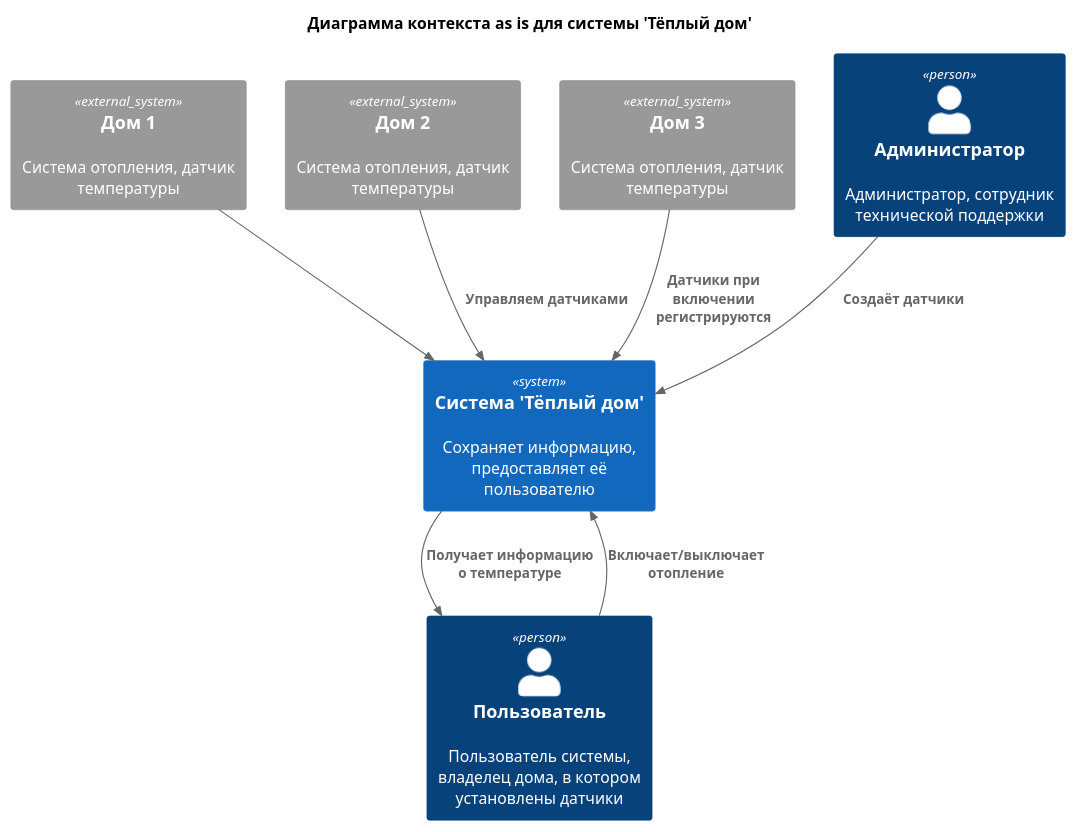
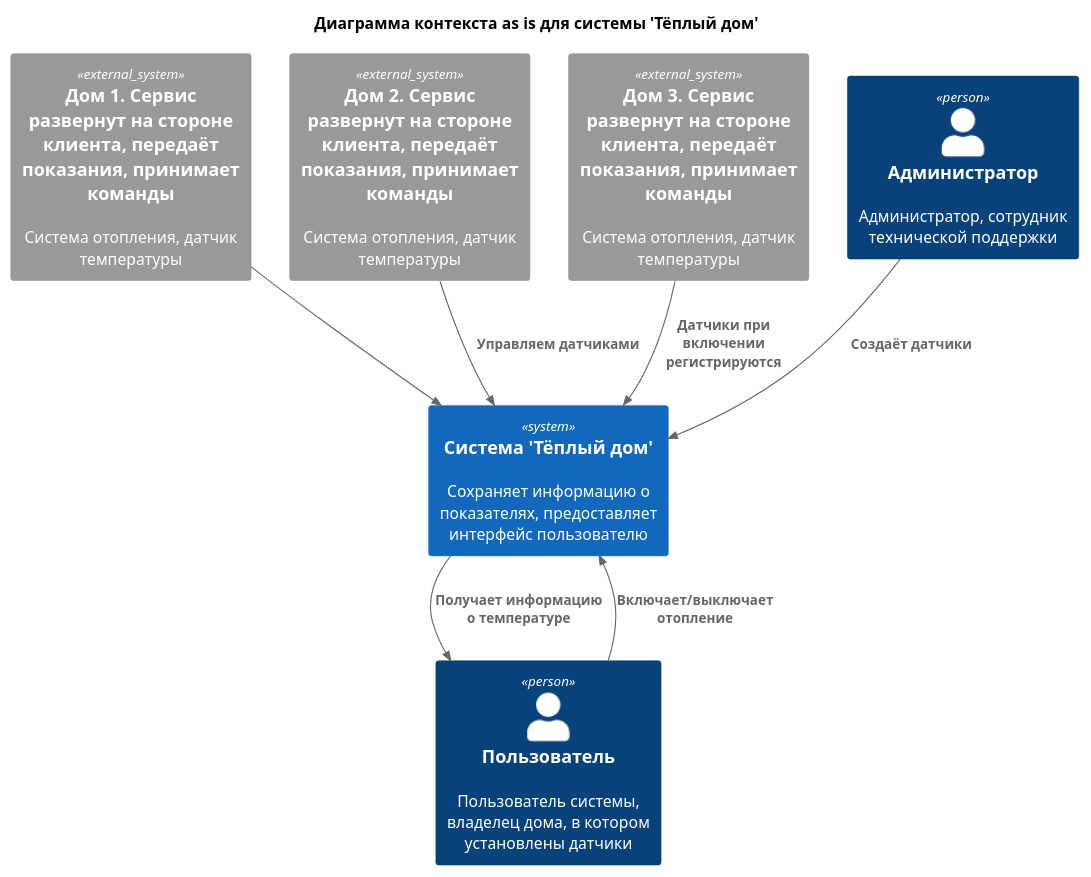
Before and after one commit to Alex-Beta/ya_architecture_sprint1: the diagram in context_telemetry.puml, drawn with PlantUML. The commit also changed 5 other files, not shown here.

```diff
--- a/context_telemetry.puml
+++ b/context_telemetry.puml
@@ -1,25 +1,25 @@
 @startuml
 !include C4_Context.puml
 title Диаграмма контекста as is для системы 'Тёплый дом'
 top to bottom direction
 
-System_Ext(h1, "Дом 1", "Система отопления, датчик температуры")
-System_Ext(h2, "Дом 2", "Система отопления, датчик температуры")
-System_Ext(h3, "Дом 3", "Система отопления, датчик температуры")
+System_Ext(h1, "Дом 1. Сервис развернут на стороне клиента, передаёт показания, принимает команды", "Система отопления, датчик температуры")
+System_Ext(h2, "Дом 2. Сервис развернут на стороне клиента, передаёт показания, принимает команды", "Система отопления, датчик температуры")
+System_Ext(h3, "Дом 3. Сервис развернут на стороне клиента, передаёт показания, принимает команды", "Система отопления, датчик температуры")
 
 
-System(system, "Система 'Тёплый дом'", "Сохраняет информацию, предоставляет её пользователю")
+System(system, "Система 'Тёплый дом'", "Сохраняет информацию о показателях, предоставляет интерфейс пользователю")
 
 Person(user, "Пользователь", "Пользователь системы, владелец дома, в котором установлены датчики")
 Person(admin, "Администратор", "Администратор, сотрудник технической поддержки")
 
 
 
 Rel(user, system, "Включает/выключает отопление")
 Rel(system, user, "Получает информацию о температуре")
 Rel(admin,system,"Создаёт датчики")
 Rel(h1,system,)
 Rel(h2,system,"Управляем датчиками")
 Rel(h3,system,"Датчики при включении регистрируются")
 
 @enduml
```
